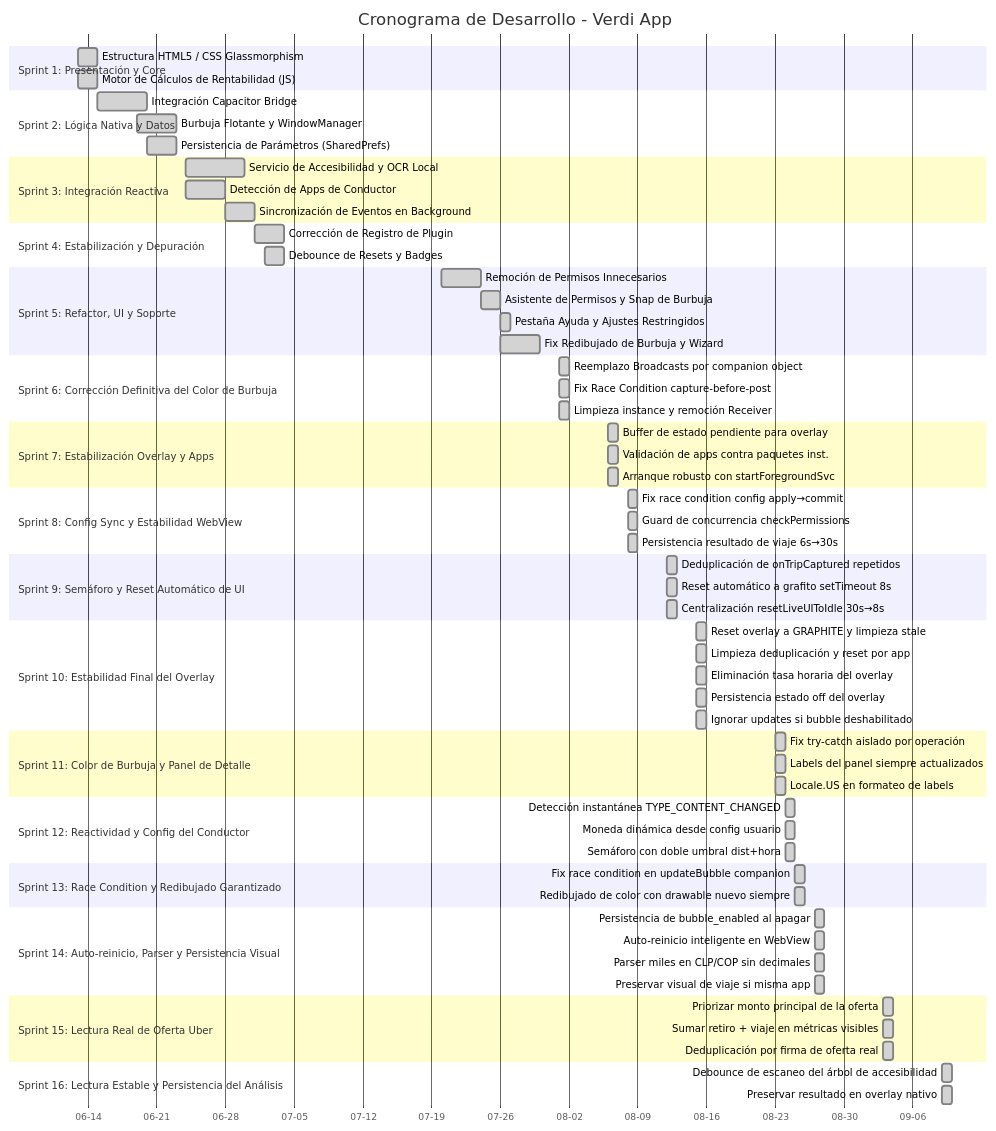
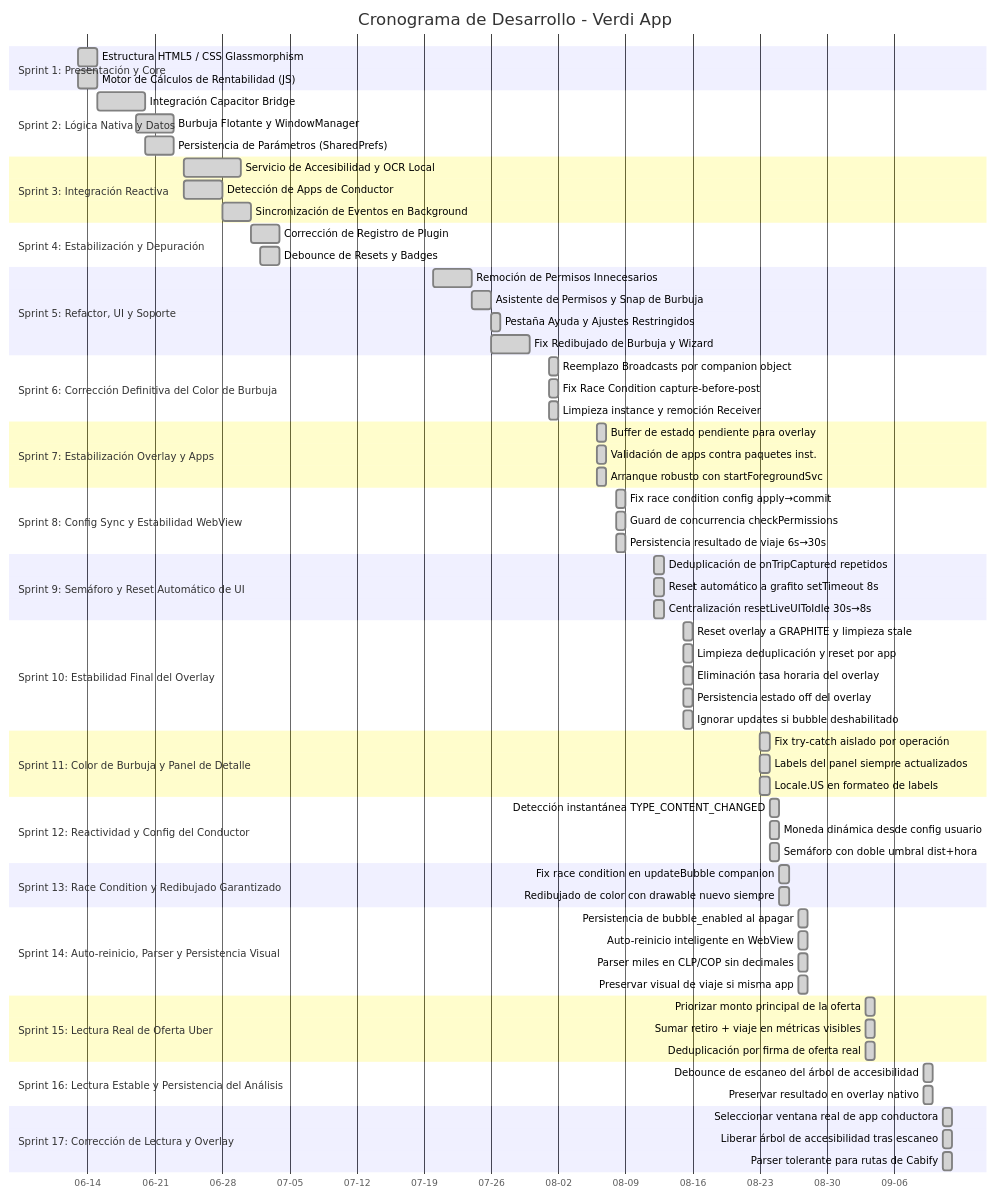
One commit to JorgeFreire95/Verdi changed the diagram in CRONOGRAMA_DESARROLLO.md. Above: the diagram before and after it, drawn with Mermaid. The commit also changed other lines of this file and 1 other file, not shown here.

````diff
--- a/CRONOGRAMA_DESARROLLO.md
+++ b/CRONOGRAMA_DESARROLLO.md
@@ -93,4 +93,9 @@
     section Sprint 16: Lectura Estable y Persistencia del Análisis
     Debounce de escaneo del árbol de accesibilidad :done, s16a, 2026-09-09, 1d
     Preservar resultado en overlay nativo          :done, s16b, 2026-09-09, 1d
+
+    section Sprint 17: Corrección de Lectura y Overlay
+    Seleccionar ventana real de app conductora   :done, s17a, 2026-09-11, 1d
+    Liberar árbol de accesibilidad tras escaneo  :done, s17b, 2026-09-11, 1d
+    Parser tolerante para rutas de Cabify       :done, s17c, 2026-09-11, 1d
 ```
````
